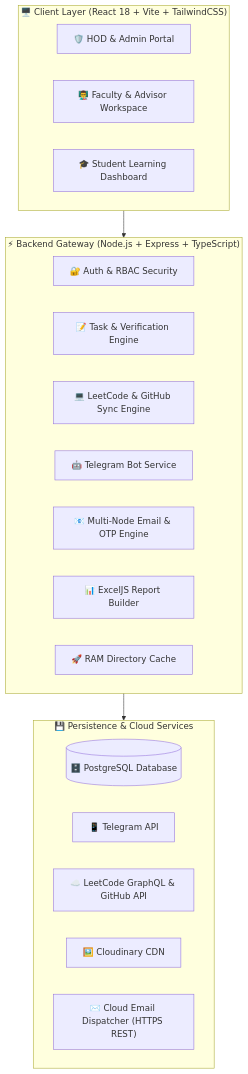
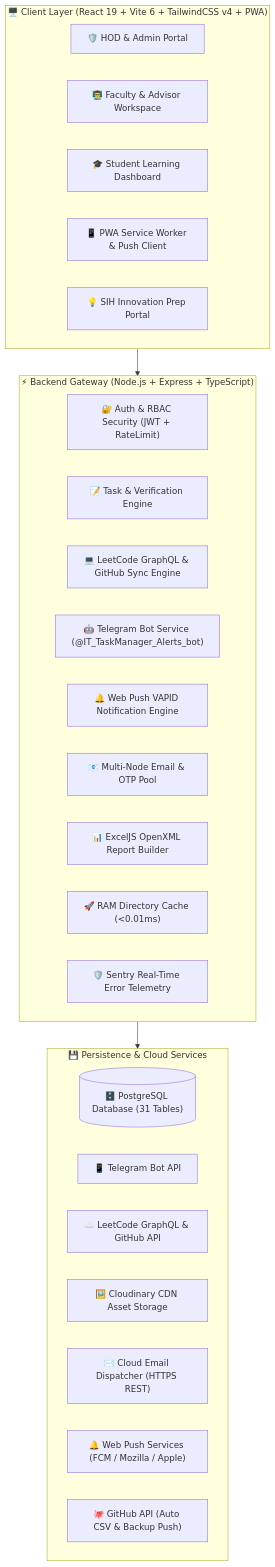
One commit to TK4743/taskmanager changed the first of 3 diagrams in README.md. Above: the diagram before and after it, drawn with Mermaid. The commit also changed other lines of this file and 1 other file, not shown here.

Commit message:
docs: update README.md and FEATURE_COMPARISON.md with latest architecture and features

````diff
--- a/README.md
+++ b/README.md
@@ -39,29 +43,35 @@
 ```mermaid
 flowchart TD
-    subgraph UI["🖥️ Client Layer (React 18 + Vite + TailwindCSS)"]
+    subgraph UI["🖥️ Client Layer (React 19 + Vite 6 + TailwindCSS v4 + PWA)"]
         A1["🛡️ HOD & Admin Portal"]
         A2["👨‍🏫 Faculty & Advisor Workspace"]
         A3["🎓 Student Learning Dashboard"]
+        A4["📱 PWA Service Worker & Push Client"]
+        A5["💡 SIH Innovation Prep Portal"]
     end
 
     subgraph API["⚡ Backend Gateway (Node.js + Express + TypeScript)"]
-        B1["🔐 Auth & RBAC Security"]
+        B1["🔐 Auth & RBAC Security (JWT + RateLimit)"]
         B2["📝 Task & Verification Engine"]
-        B3["💻 LeetCode & GitHub Sync Engine"]
-        B4["🤖 Telegram Bot Service"]
-        B5["📧 Multi-Node Email & OTP Engine"]
-        B6["📊 ExcelJS Report Builder"]
-        B7["🚀 RAM Directory Cache"]
+        B3["💻 LeetCode GraphQL & GitHub Sync Engine"]
+        B4["🤖 Telegram Bot Service (@IT_TaskManager_Alerts_bot)"]
+        B5["🔔 Web Push VAPID Notification Engine"]
+        B6["📧 Multi-Node Email & OTP Pool"]
+        B7["📊 ExcelJS OpenXML Report Builder"]
+        B8["🚀 RAM Directory Cache (<0.01ms)"]
+        B9["🛡️ Sentry Real-Time Error Telemetry"]
     end
 
     subgraph Storage["💾 Persistence & Cloud Services"]
-        C1[("🗄️ PostgreSQL Database")]
-        C2["📱 Telegram API"]
+        C1[("🗄️ PostgreSQL Database (31 Tables)")]
+        C2["📱 Telegram Bot API"]
         C3["☁️ LeetCode GraphQL & GitHub API"]
-        C4["🖼️ Cloudinary CDN"]
+        C4["🖼️ Cloudinary CDN Asset Storage"]
         C5["✉️ Cloud Email Dispatcher (HTTPS REST)"]
+        C6["🔔 Web Push Services (FCM / Mozilla / Apple)"]
+        C7["🐙 GitHub API (Auto CSV & Backup Push)"]
     end
 
     UI --> API
     API --> Storage
 ```
````
